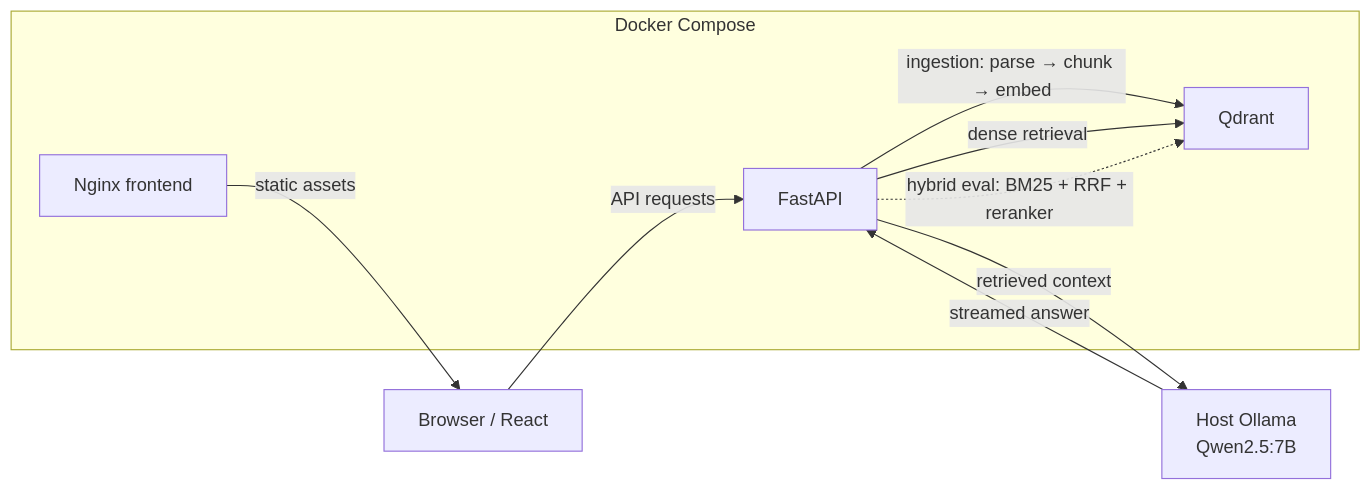
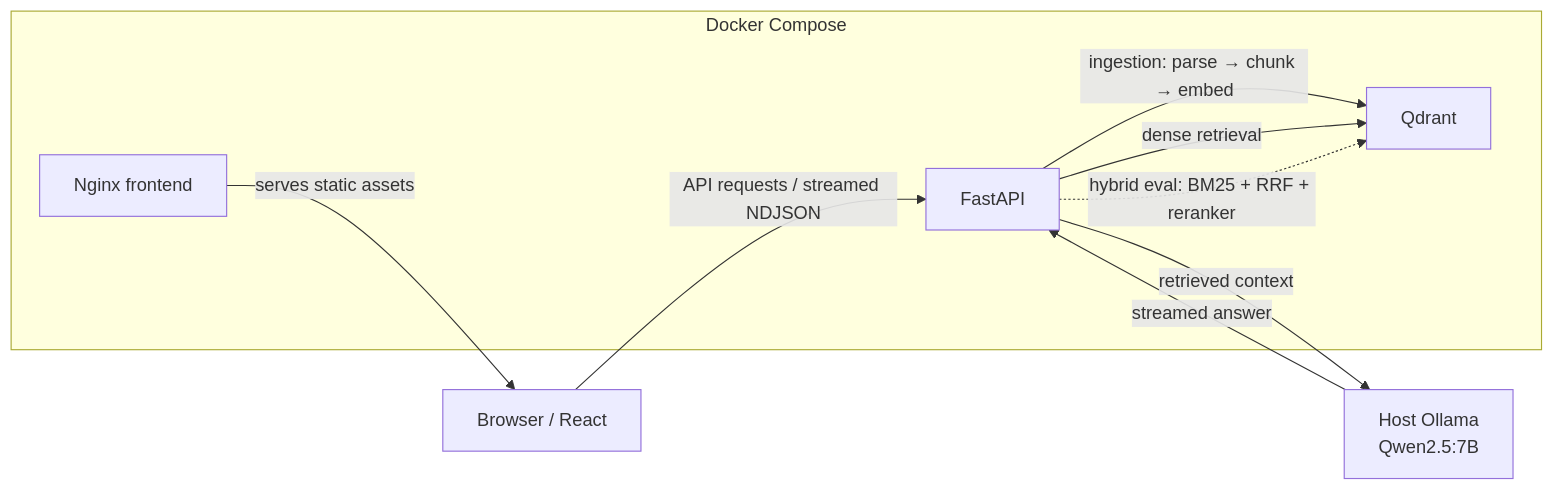
Before and after one commit to erenosym/ai-eng101: the diagram in README.md, drawn with Mermaid.

Commit message:
simplify architecture diagram

````diff
--- a/README.md
+++ b/README.md
@@ -17,17 +17,22 @@
 ```mermaid
 flowchart LR
-    browser["Browser / React"] -->|"API requests"| api["FastAPI"]
-    frontend["Nginx frontend"] -->|"static assets"| browser
+    browser["Browser / React"]
 
     subgraph compose["Docker Compose"]
-        api
-        frontend
+        frontend["Nginx frontend"]
+        api["FastAPI"]
         qdrant["Qdrant"]
     end
+
+    ollama["Host Ollama\nQwen2.5:7B"]
+
+    frontend -->|"serves static assets"| browser
+    browser -->|"API requests / streamed NDJSON"| api
 
     api -->|"ingestion: parse → chunk → embed"| qdrant
     api -->|"dense retrieval"| qdrant
     api -.->|"hybrid eval: BM25 + RRF + reranker"| qdrant
-    api -->|"retrieved context"| ollama["Host Ollama\nQwen2.5:7B"]
+
+    api -->|"retrieved context"| ollama
     ollama -->|"streamed answer"| api
 ```
````
